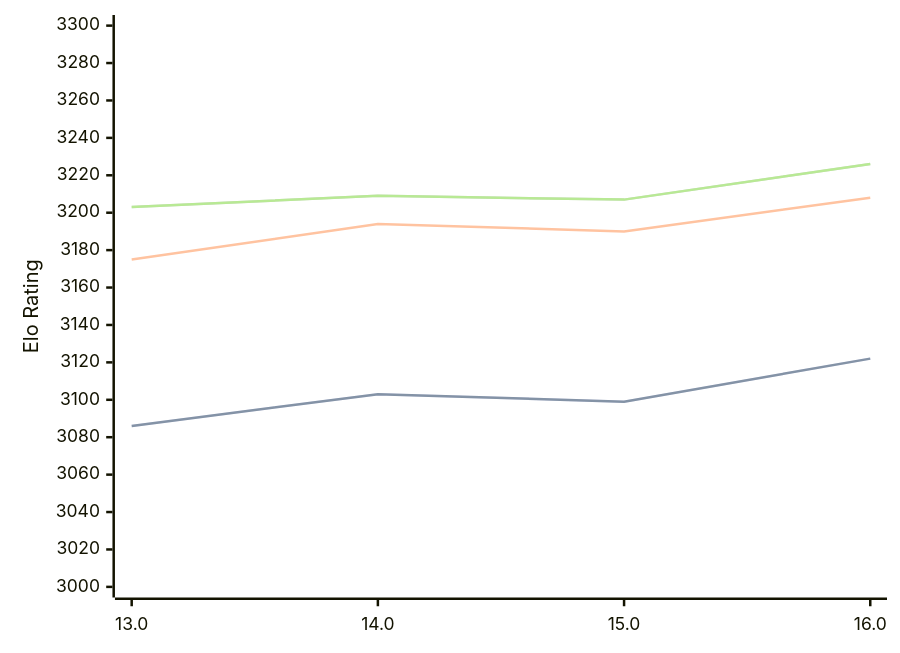
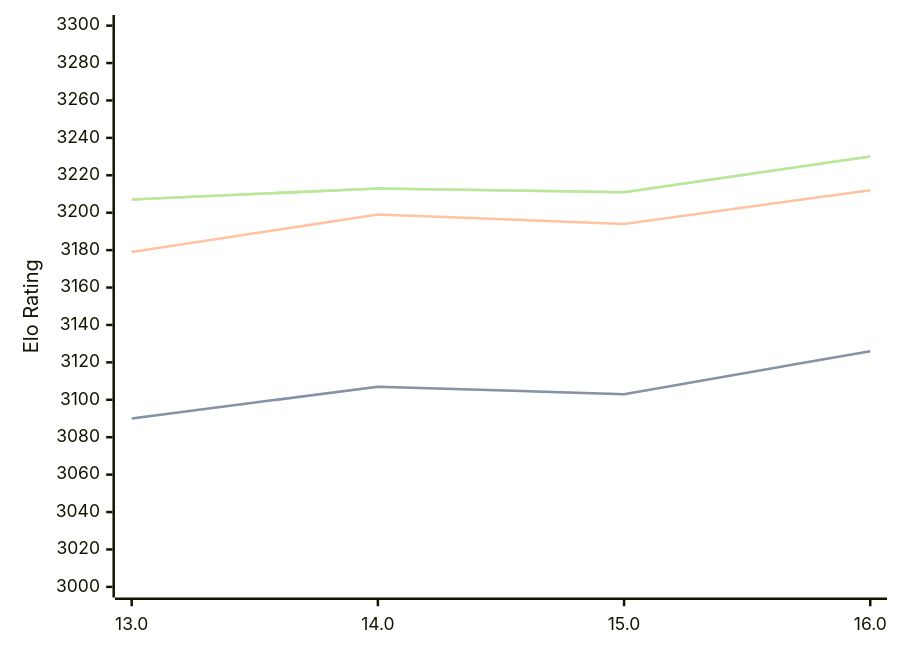
One commit to computer-chess-index/cci changed the diagram in engines/Obsidian.md. Above: the diagram before and after it, drawn with Mermaid. The commit also changed other lines of this file, not shown here.

Commit message:
Update CCI Ratings (ELO VLTC) - 2026-02-24

````diff
--- a/engines/Obsidian.md
+++ b/engines/Obsidian.md
@@ -40,11 +40,11 @@
 ```mermaid
 %%{init: {"theme":"base","themeVariables":{"seriesColors:['#a3a3a3','#222221','#faa371']}}}%%
 xychart-beta
   x-axis ["13.0", "14.0", "15.0", "16.0"]
   y-axis "Elo Rating" 3000 --> 3300
-  line "STC (8.0+0.08s)" [3086, 3103, 3099, 3122]
-  line "STC (8.0+0.08s)" [3086, 3103, 3099, 3122]
-  line "LTC (60.0+0.60s)" [3175, 3194, 3190, 3208]
-  line "VLTC (2m24s+1.12s)" [3203, 3209, 3207, 3226]
-  line "VLTC (2m24s+1.12s)" [3203, 3209, 3207, 3226]
+  line "STC (8.0+0.08s)" [3090, 3107, 3103, 3126]
+  line "STC (8.0+0.08s)" [3090, 3107, 3103, 3126]
+  line "LTC (60.0+0.60s)" [3179, 3199, 3194, 3212]
+  line "VLTC (2m24s+1.12s)" [3207, 3213, 3211, 3230]
+  line "VLTC (2m24s+1.12s)" [3207, 3213, 3211, 3230]
 ```
````
